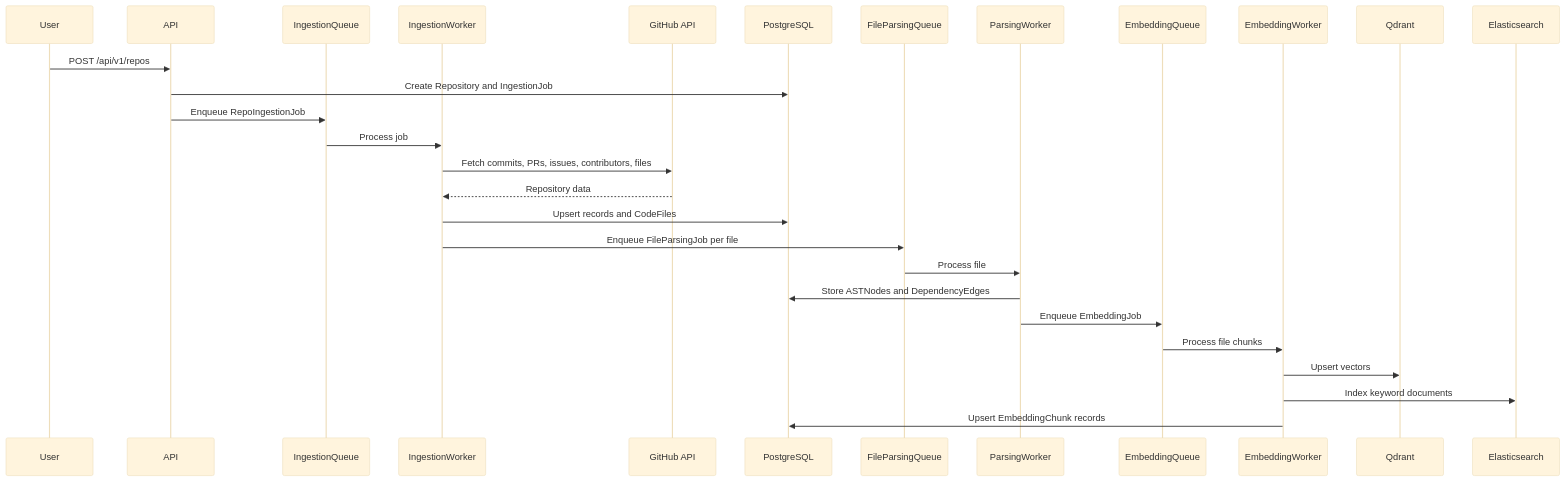
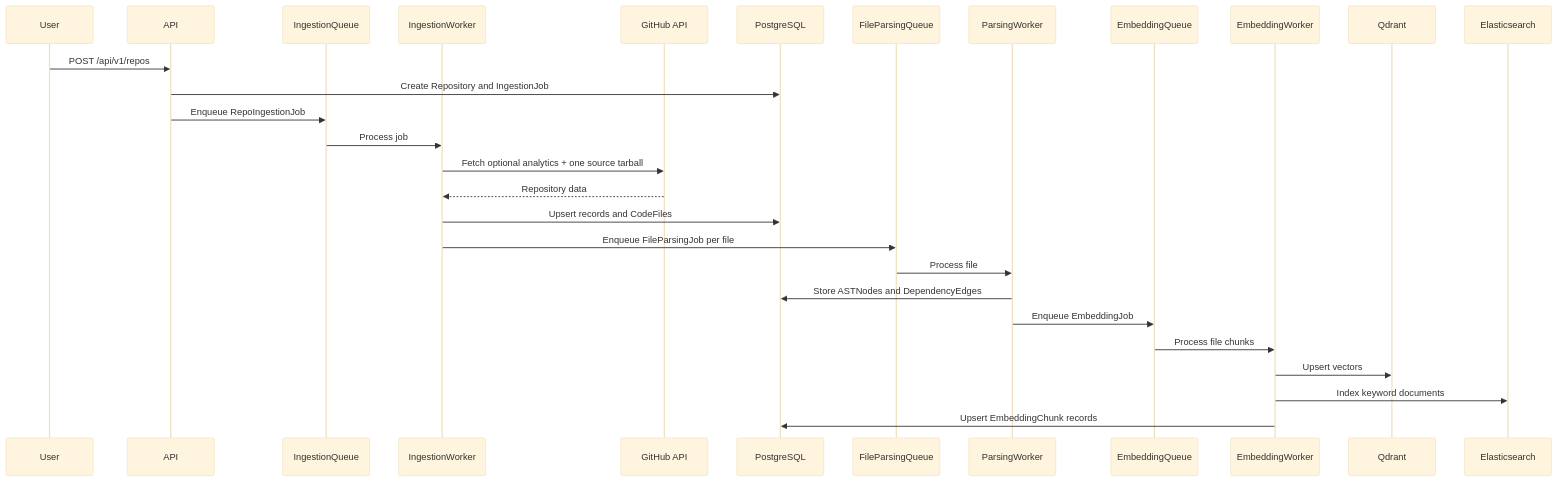
Before and after one commit to DevaanshKathuria/GitPulse: the diagram in docs/ingestion-flow.md, drawn with Mermaid (base theme). The commit also changed 36 other files, not shown here.

````diff
--- a/docs/ingestion-flow.md
+++ b/docs/ingestion-flow.md
@@ -3,33 +3,33 @@
 ```mermaid
 sequenceDiagram
   participant User
   participant API
   participant IngestionQueue
   participant IngestionWorker
   participant GitHubAPI as GitHub API
   participant DB as PostgreSQL
   participant FileParsingQueue
   participant ParsingWorker
   participant EmbeddingQueue
   participant EmbeddingWorker
   participant Qdrant
   participant Elasticsearch
 
   User->>API: POST /api/v1/repos
   API->>DB: Create Repository and IngestionJob
   API->>IngestionQueue: Enqueue RepoIngestionJob
   IngestionQueue->>IngestionWorker: Process job
-  IngestionWorker->>GitHubAPI: Fetch commits, PRs, issues, contributors, files
+  IngestionWorker->>GitHubAPI: Fetch optional analytics + one source tarball
   GitHubAPI-->>IngestionWorker: Repository data
   IngestionWorker->>DB: Upsert records and CodeFiles
 
   IngestionWorker->>FileParsingQueue: Enqueue FileParsingJob per file
   FileParsingQueue->>ParsingWorker: Process file
   ParsingWorker->>DB: Store ASTNodes and DependencyEdges
 
   ParsingWorker->>EmbeddingQueue: Enqueue EmbeddingJob
   EmbeddingQueue->>EmbeddingWorker: Process file chunks
   EmbeddingWorker->>Qdrant: Upsert vectors
   EmbeddingWorker->>Elasticsearch: Index keyword documents
   EmbeddingWorker->>DB: Upsert EmbeddingChunk records
 ```
````
